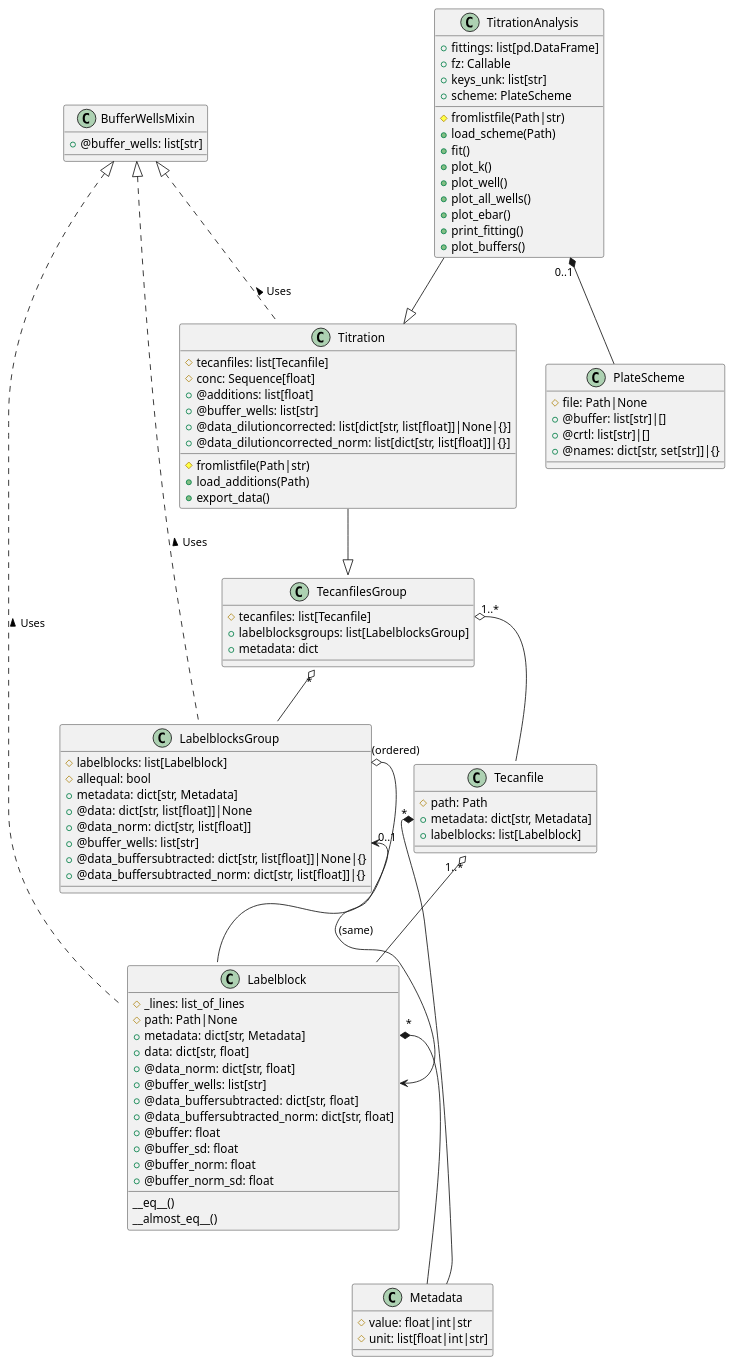
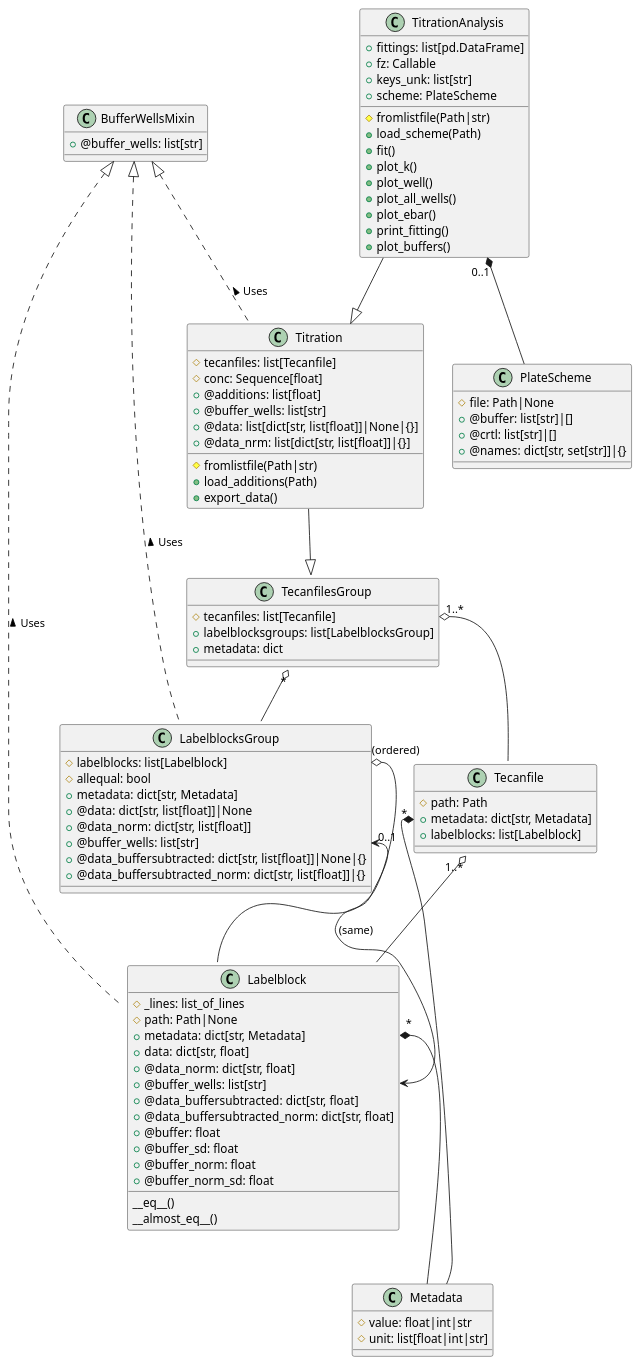
One commit to darosio/ClopHfit changed the diagram in docs/references/prtecan.uml.rst. Above: the diagram before and after it, drawn with PlantUML. The commit also changed 12 other files, not shown here.

```diff
--- a/docs/references/prtecan.uml.rst
+++ b/docs/references/prtecan.uml.rst
@@ -71,8 +71,8 @@
 	 +load_additions(Path)
 	 +@additions: list[float]
 	 +@buffer_wells: list[str]
-	 +@data_dilutioncorrected: list[dict[str, list[float]]|None|{}]
-	 +@data_dilutioncorrected_norm: list[dict[str, list[float]]|{}]
+	 +@data: list[dict[str, list[float]]|None|{}]
+	 +@data_nrm: list[dict[str, list[float]]|{}]
 	 +export_data()
    }
 
```
